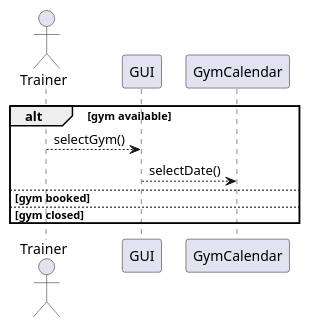
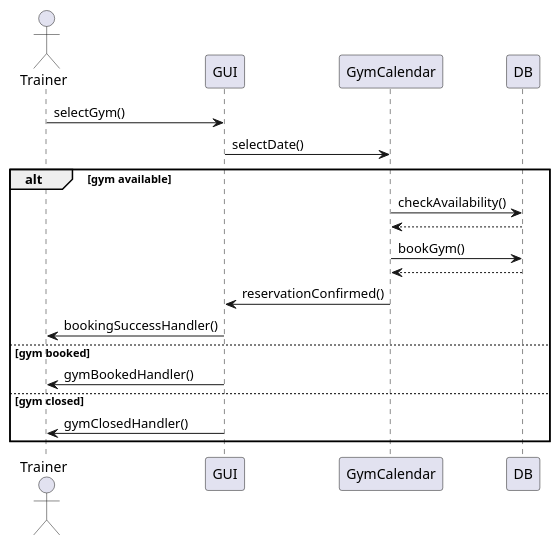
One commit to filip-stepien/software-engineering-lab changed the diagram in src/pattern_diagrams/damian/diagram_sekwencji/rezerwacja_sali.puml. Above: the diagram before and after it, drawn with PlantUML. The commit also changed 1 other file, not shown here.

Commit message:
sequence diagrams

```diff
--- a/src/pattern_diagrams/damian/diagram_sekwencji/rezerwacja_sali.puml
+++ b/src/pattern_diagrams/damian/diagram_sekwencji/rezerwacja_sali.puml
@@ -1,17 +1,25 @@
 @startuml
 
 actor Trainer
+participant GUI
+participant GymCalendar
+participant DB
 
 
+Trainer -> GUI : selectGym()
+GUI -> GymCalendar : selectDate()
+
 alt gym available
-
-Trainer --> GUI : selectGym()
-GUI --> GymCalendar : selectDate()
-
+    GymCalendar -> DB : checkAvailability()
+    DB --> GymCalendar
+    GymCalendar -> DB : bookGym()
+    DB --> GymCalendar
+    GymCalendar -> GUI : reservationConfirmed()
+    GUI -> Trainer : bookingSuccessHandler()
 else gym booked
-
+    GUI -> Trainer : gymBookedHandler()
 else gym closed
-
+    GUI -> Trainer : gymClosedHandler()
 end
 
 @enduml
```
